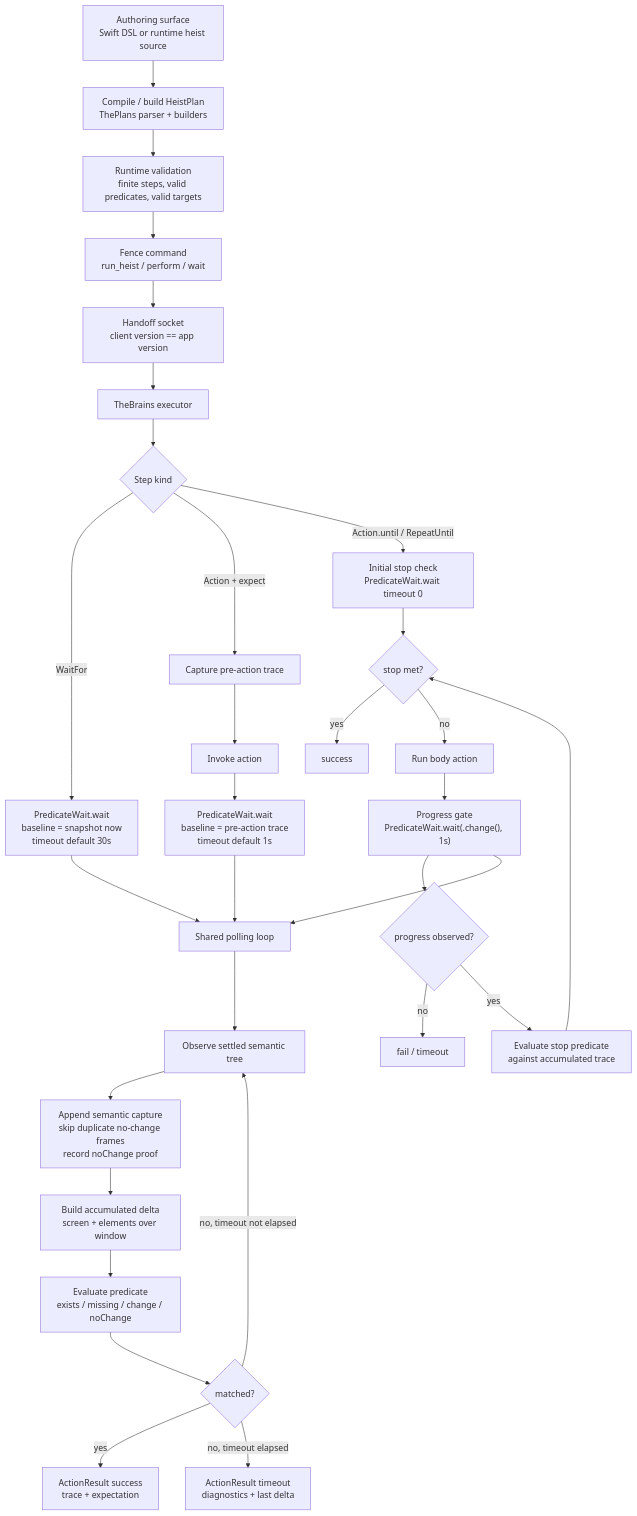
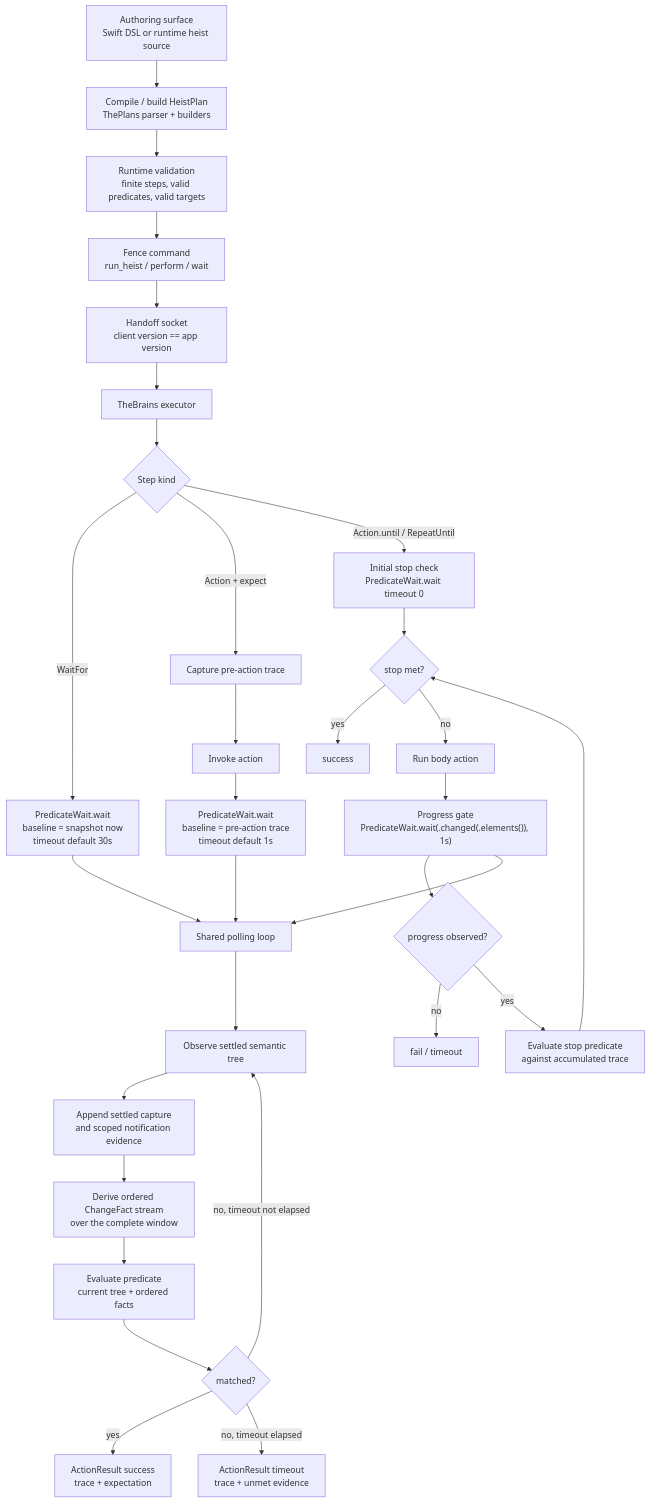
The diagram in docs/ARCHITECTURE.md (RoyalPineapple/TheButtonHeist), drawn with Mermaid before and after one commit. The commit also changed other lines of this file and 279 other files, not shown here.

````diff
--- a/docs/ARCHITECTURE.md
+++ b/docs/ARCHITECTURE.md
@@ -156,39 +171,39 @@
 ```mermaid
 flowchart TD
     Author["Authoring surface<br/>Swift DSL or runtime heist source"] --> Compile["Compile / build HeistPlan<br/>ThePlans parser + builders"]
     Compile --> Validate["Runtime validation<br/>finite steps, valid predicates, valid targets"]
     Validate --> FenceCommand["Fence command<br/>run_heist / perform / wait"]
     FenceCommand --> HandoffSocket["Handoff socket<br/>client version == app version"]
     HandoffSocket --> Executor["TheBrains executor"]
 
     Executor --> StepKind{"Step kind"}
 
     StepKind -->|WaitFor| WaitForPath["PredicateWait.wait<br/>baseline = snapshot now<br/>timeout default 30s"]
 
     StepKind -->|Action + expect| PreAction["Capture pre-action trace"]
     PreAction --> Invoke["Invoke action"]
     Invoke --> ExpectPath["PredicateWait.wait<br/>baseline = pre-action trace<br/>timeout default 1s"]
 
     StepKind -->|Action.until / RepeatUntil| InitialStop["Initial stop check<br/>PredicateWait.wait timeout 0"]
     InitialStop --> StopMet{"stop met?"}
     StopMet -->|yes| Done["success"]
     StopMet -->|no| RunBody["Run body action"]
-    RunBody --> ProgressGate["Progress gate<br/>PredicateWait.wait(.change(), 1s)"]
+    RunBody --> ProgressGate["Progress gate<br/>PredicateWait.wait(.changed(.elements()), 1s)"]
     ProgressGate --> ProgressObserved{"progress observed?"}
     ProgressObserved -->|no| Fail["fail / timeout"]
     ProgressObserved -->|yes| EvaluateStop["Evaluate stop predicate<br/>against accumulated trace"]
     EvaluateStop --> StopMet
 
     WaitForPath --> Poll["Shared polling loop"]
     ExpectPath --> Poll
     ProgressGate --> Poll
 
     Poll --> Observe["Observe settled semantic tree"]
-    Observe --> Append["Append semantic capture<br/>skip duplicate no-change frames<br/>record noChange proof"]
-    Append --> Accumulate["Build accumulated delta<br/>screen + elements over window"]
-    Accumulate --> Evaluate["Evaluate predicate<br/>exists / missing / change / noChange"]
+    Observe --> Append["Append settled capture<br/>and scoped notification evidence"]
+    Append --> Accumulate["Derive ordered ChangeFact stream<br/>over the complete window"]
+    Accumulate --> Evaluate["Evaluate predicate<br/>current tree + ordered facts"]
     Evaluate --> Matched{"matched?"}
     Matched -->|yes| Success["ActionResult success<br/>trace + expectation"]
     Matched -->|no, timeout not elapsed| Observe
-    Matched -->|no, timeout elapsed| Timeout["ActionResult timeout<br/>diagnostics + last delta"]
+    Matched -->|no, timeout elapsed| Timeout["ActionResult timeout<br/>trace + unmet evidence"]
 ```
````
